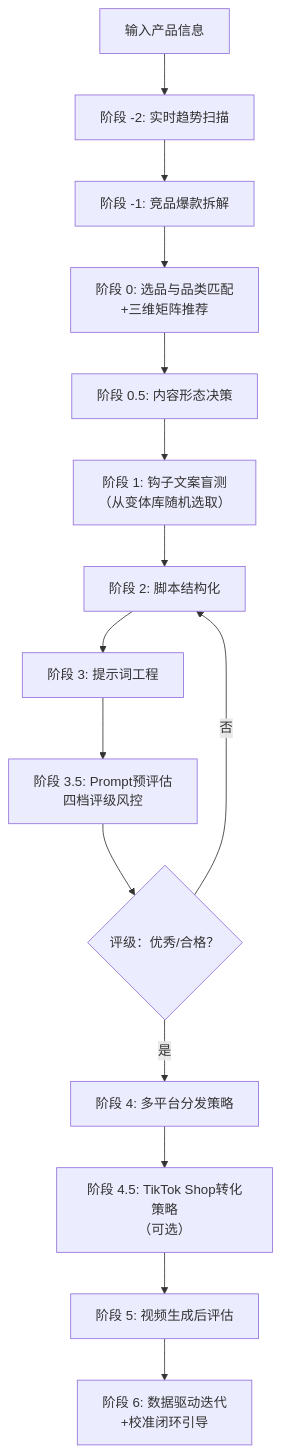
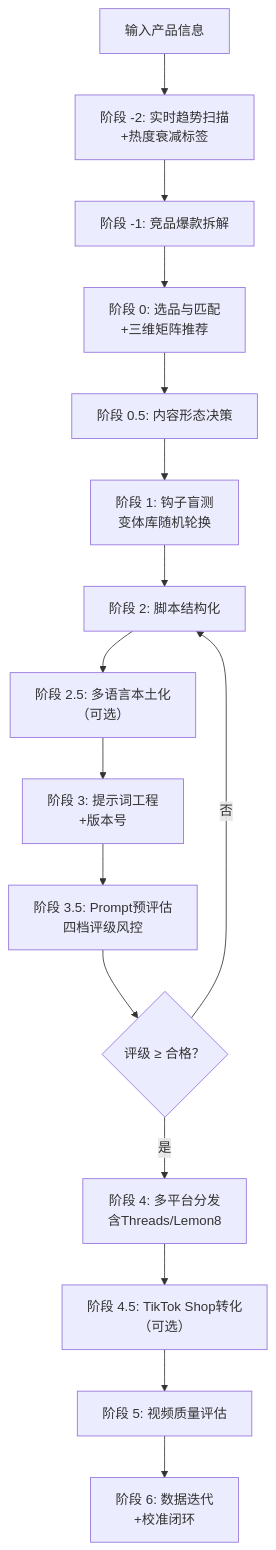
One commit to qq547820639/tiktok-ad-video-skill changed the diagram in SKILL.md. Above: the diagram before and after it, drawn with Mermaid. The commit also changed other lines of this file, not shown here.

````diff
--- a/SKILL.md
+++ b/SKILL.md
@@ -70,17 +65,18 @@
 ```mermaid
 graph TD
-    A[输入产品信息] --> B[阶段 -2: 实时趋势扫描]
+    A[输入产品信息] --> B[阶段 -2: 实时趋势扫描<br/>+热度衰减标签]
     B --> C[阶段 -1: 竞品爆款拆解]
-    C --> D[阶段 0: 选品与品类匹配<br/>+三维矩阵推荐]
+    C --> D[阶段 0: 选品与匹配<br/>+三维矩阵推荐]
     D --> E[阶段 0.5: 内容形态决策]
-    E --> F[阶段 1: 钩子文案盲测<br/>（从变体库随机选取）]
+    E --> F[阶段 1: 钩子盲测<br/>变体库随机轮换]
     F --> G[阶段 2: 脚本结构化]
-    G --> H[阶段 3: 提示词工程]
-    H --> I[阶段 3.5: Prompt预评估<br/>四档评级风控]
-    I --> J{评级：优秀/合格？}
-    J -->|是| K[阶段 4: 多平台分发策略]
-    J -->|否| G
-    K --> L[阶段 4.5: TikTok Shop转化策略<br/>（可选）]
-    L --> M[阶段 5: 视频生成后评估]
-    M --> N[阶段 6: 数据驱动迭代<br/>+校准闭环引导]
+    G --> H[阶段 2.5: 多语言本土化<br/>（可选）]
+    H --> I[阶段 3: 提示词工程<br/>+版本号]
+    I --> J[阶段 3.5: Prompt预评估<br/>四档评级风控]
+    J --> K{评级 ≥ 合格？}
+    K -->|是| L[阶段 4: 多平台分发<br/>含Threads/Lemon8]
+    K -->|否| G
+    L --> M[阶段 4.5: TikTok Shop转化<br/>（可选）]
+    M --> N[阶段 5: 视频质量评估]
+    N --> O[阶段 6: 数据迭代<br/>+校准闭环]
 ```
````
